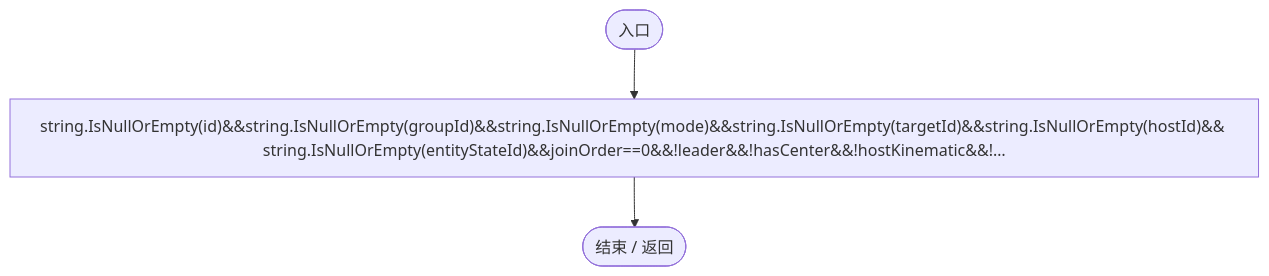
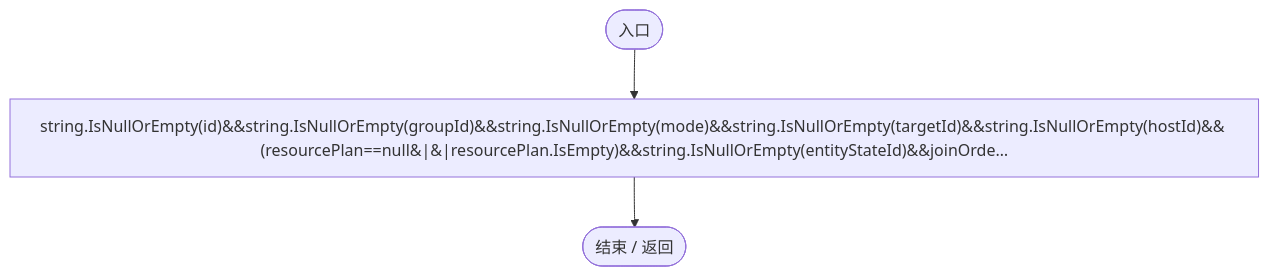
One commit to xhs6666/Darwin_paradise changed the first of 4 diagrams in Docs/运行流程图/脚本/dd1dde4b4c192659.md. Above: the diagram before and after it, drawn with Mermaid. The commit also changed other lines of this file and 233 other files, not shown here.

````diff
--- a/Docs/运行流程图/脚本/dd1dde4b4c192659.md
+++ b/Docs/运行流程图/脚本/dd1dde4b4c192659.md
@@ -19,9 +19,9 @@
 ```mermaid
 flowchart TD
   n2(["入口"])
-  n1["string.IsNullOrEmpty(id)&amp;&amp;string.IsNullOrEmpty(groupId)&amp;&amp;string.IsNullOrEmpty(mode)&amp;&amp;string.IsNullOrEmpty(targetId)&amp;&amp;string.IsNullOrEmpty(hostId)&amp;&amp; string.IsNullOrEmpty(entityStateId)&amp;&amp;joinOrder==0&amp;&amp;!leader&amp;&amp;!hasCenter&amp;&amp;!hostKinematic&amp;&amp;!…"]
+  n1["string.IsNullOrEmpty(id)&amp;&amp;string.IsNullOrEmpty(groupId)&amp;&amp;string.IsNullOrEmpty(mode)&amp;&amp;string.IsNullOrEmpty(targetId)&amp;&amp;string.IsNullOrEmpty(hostId)&amp;&amp; (resourcePlan==null&#124;&#124;resourcePlan.IsEmpty)&amp;&amp;string.IsNullOrEmpty(entityStateId)&amp;&amp;joinOrde…"]
   n0(["结束 / 返回"])
   n1 --> n0
   n2 --> n1
 
 ```
````
